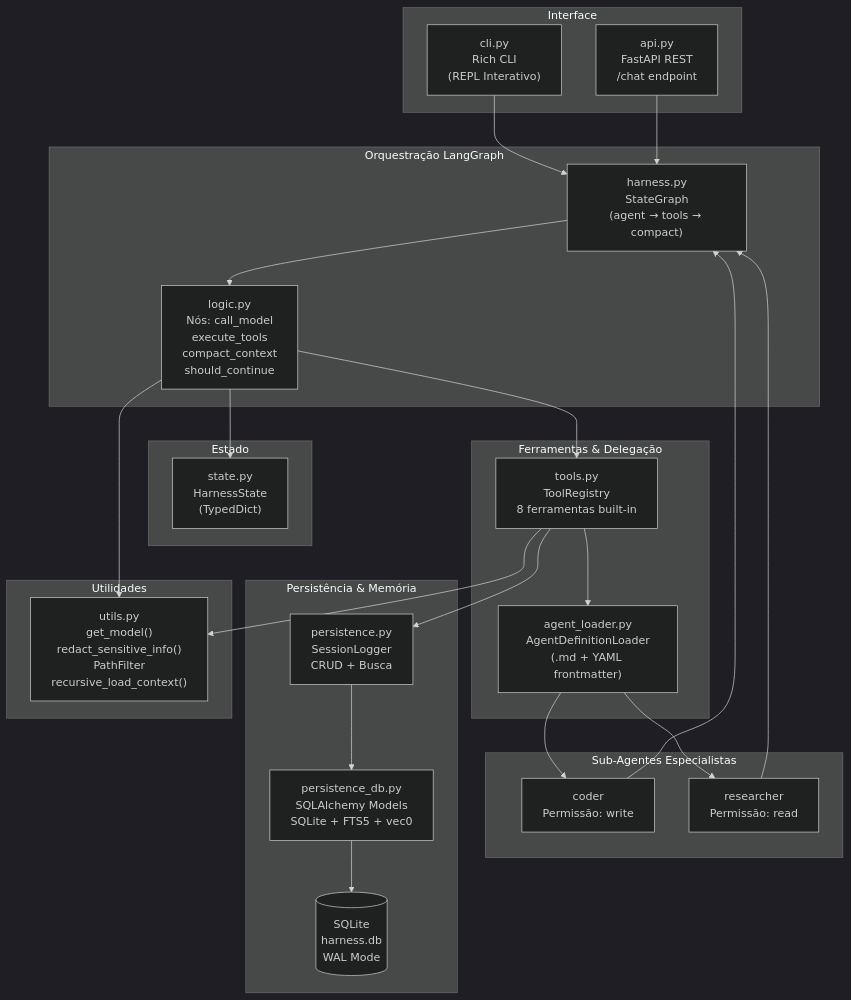
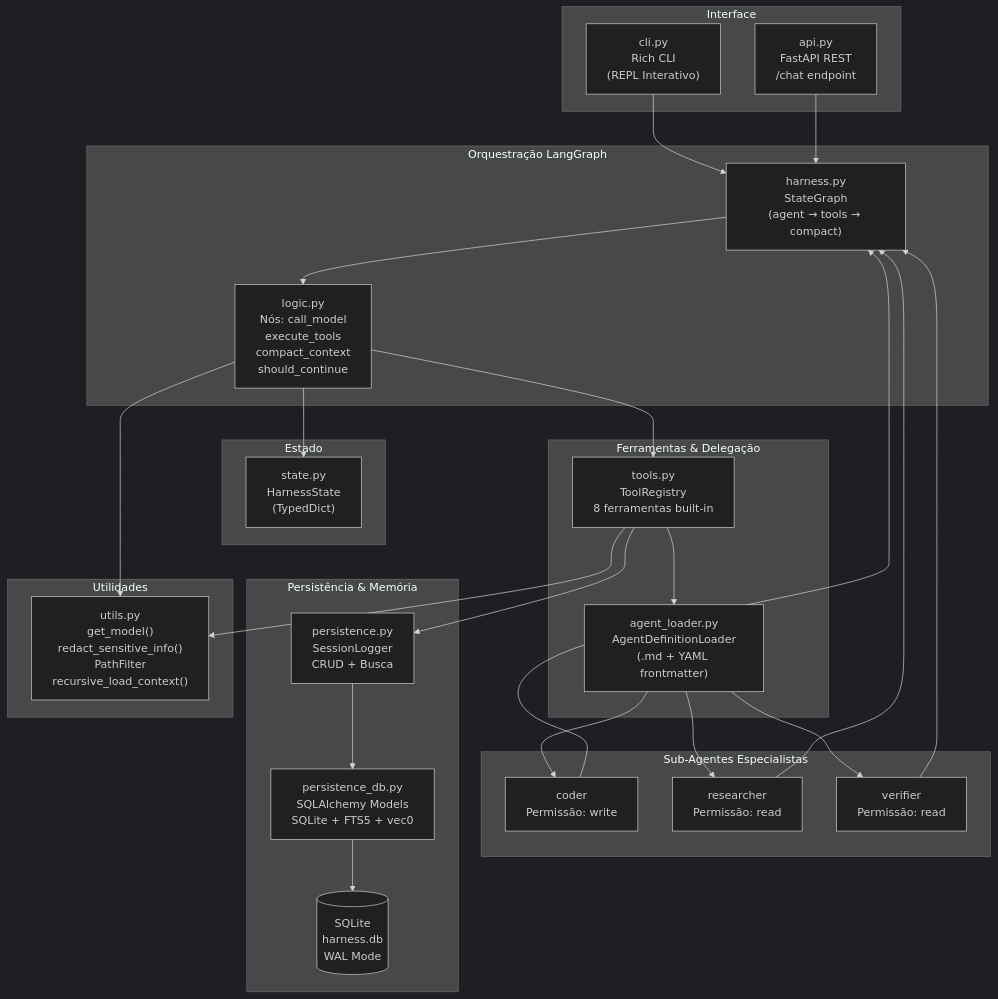
The first of 7 diagrams in ARCH.md (KlebersonCollab/k-claw), drawn with Mermaid (dark theme) before and after one commit. The commit also changed other lines of this file and 9 other files, not shown here.

````diff
--- a/ARCH.md
+++ b/ARCH.md
@@ -28,52 +28,55 @@
 ```mermaid
 graph TB
     subgraph "Interface"
         CLI["cli.py<br/>Rich CLI<br/>(REPL Interativo)"]
         API["api.py<br/>FastAPI REST<br/>/chat endpoint"]
     end
 
     subgraph "Orquestração LangGraph"
         HARNESS["harness.py<br/>StateGraph<br/>(agent → tools → compact)"]
         LOGIC["logic.py<br/>Nós: call_model<br/>execute_tools<br/>compact_context<br/>should_continue"]
     end
 
     subgraph "Estado"
         STATE["state.py<br/>HarnessState<br/>(TypedDict)"]
     end
 
     subgraph "Ferramentas & Delegação"
         TOOLS["tools.py<br/>ToolRegistry<br/>8 ferramentas built-in"]
         LOADER["agent_loader.py<br/>AgentDefinitionLoader<br/>(.md + YAML frontmatter)"]
     end
 
     subgraph "Sub-Agentes Especialistas"
         CODER["coder<br/>Permissão: write"]
         RESEARCHER["researcher<br/>Permissão: read"]
+        VERIFIER["verifier<br/>Permissão: read"]
     end
 
     subgraph "Persistência & Memória"
         PERSIST["persistence.py<br/>SessionLogger<br/>CRUD + Busca"]
         PDB["persistence_db.py<br/>SQLAlchemy Models<br/>SQLite + FTS5 + vec0"]
         SQLITE[("SQLite<br/>harness.db<br/>WAL Mode")]
     end
 
     subgraph "Utilidades"
         UTILS["utils.py<br/>get_model()<br/>redact_sensitive_info()<br/>PathFilter<br/>recursive_load_context()"]
     end
 
     CLI --> HARNESS
     API --> HARNESS
     HARNESS --> LOGIC
     LOGIC --> STATE
     LOGIC --> TOOLS
     TOOLS --> LOADER
     TOOLS --> PERSIST
     LOADER --> CODER
     LOADER --> RESEARCHER
+    LOADER --> VERIFIER
     CODER --> HARNESS
     RESEARCHER --> HARNESS
+    VERIFIER --> HARNESS
     PERSIST --> PDB
     PDB --> SQLITE
     LOGIC --> UTILS
     TOOLS --> UTILS
 ```
````
